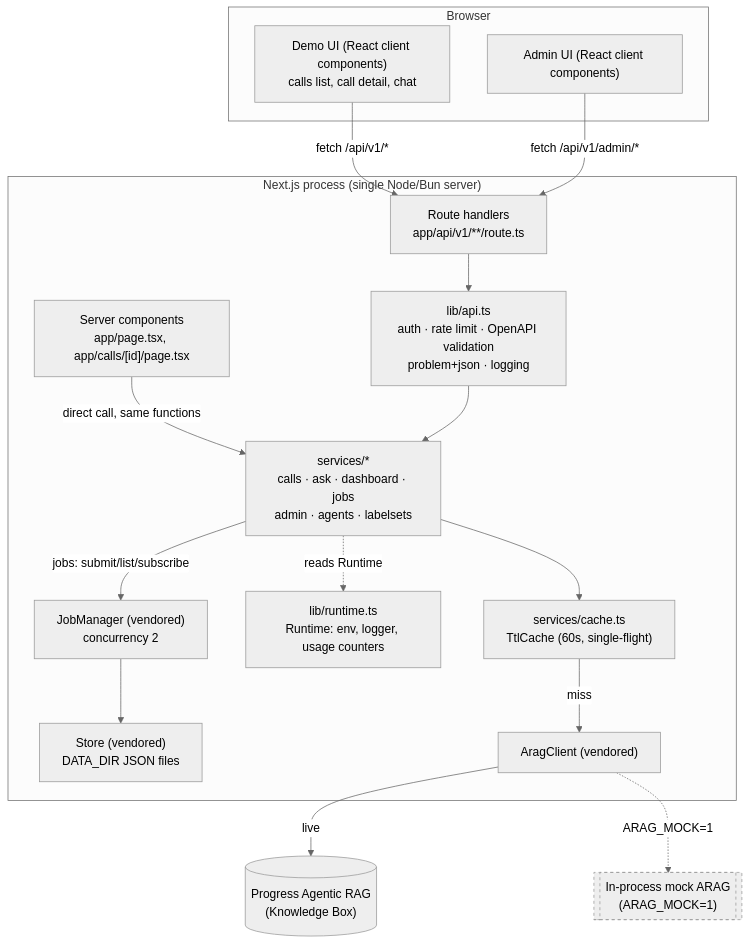
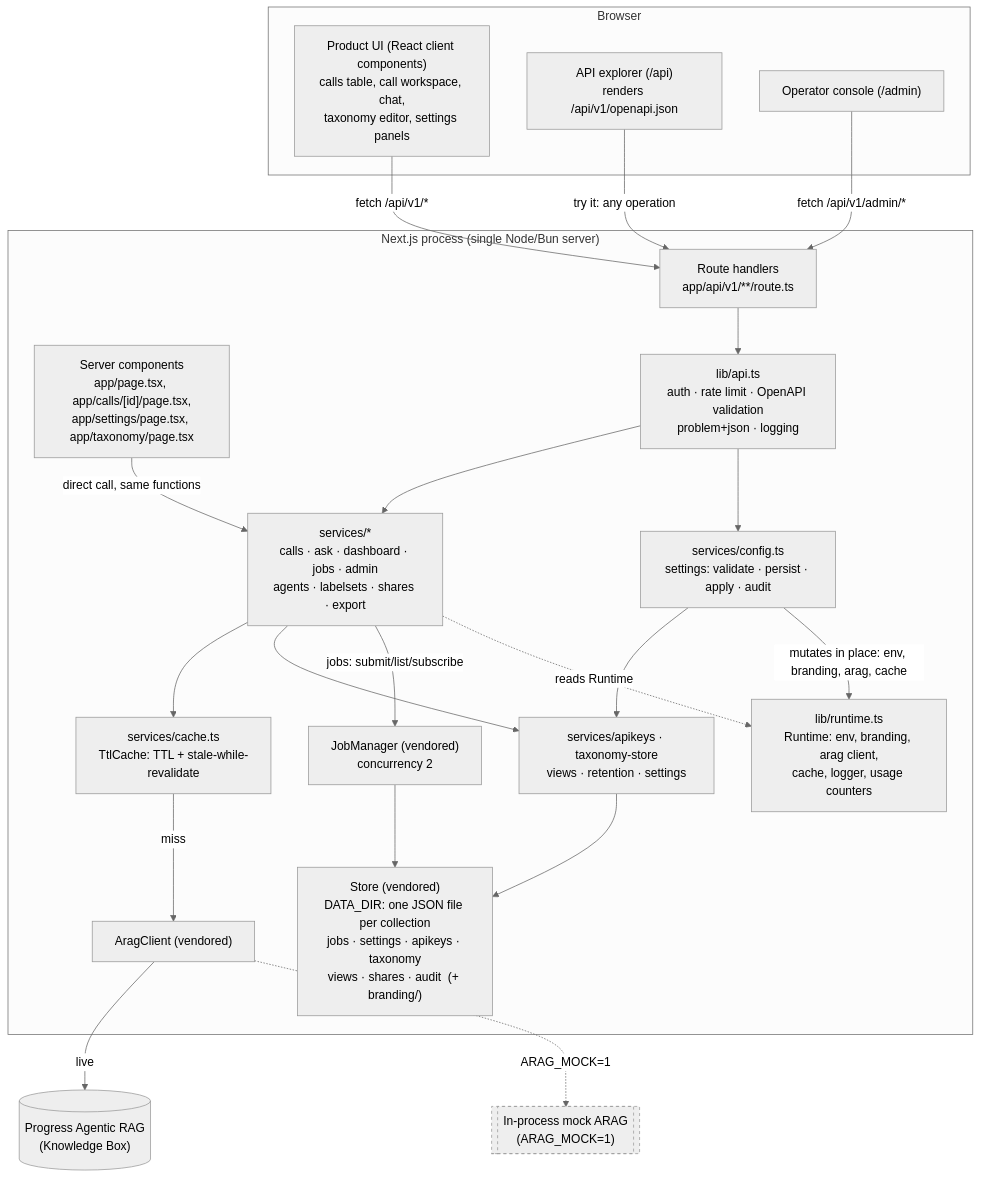
The diagram in docs/architecture/architecture.md (jaysanderson/arag-call-analysis), drawn with Mermaid (neutral theme) before and after one commit. The commit also changed other lines of this file and 49 other files, not shown here.

````diff
--- a/docs/architecture/architecture.md
+++ b/docs/architecture/architecture.md
@@ -5,38 +5,47 @@
 ```mermaid
 flowchart TB
     subgraph Browser
-        UI["Demo UI (React client components)\ncalls list, call detail, chat"]
-        AdminUI["Admin UI (React client components)"]
+        UI["Product UI (React client components)\ncalls table, call workspace, chat,\ntaxonomy editor, settings panels"]
+        EXP["API explorer (/api)\nrenders /api/v1/openapi.json"]
+        AdminUI["Operator console (/admin)"]
     end
 
     subgraph "Next.js process (single Node/Bun server)"
-        SC["Server components\napp/page.tsx, app/calls/[id]/page.tsx"]
+        SC["Server components\napp/page.tsx, app/calls/[id]/page.tsx,\napp/settings/page.tsx, app/taxonomy/page.tsx"]
         RH["Route handlers\napp/api/v1/**/route.ts"]
         API["lib/api.ts\nauth · rate limit · OpenAPI validation\nproblem+json · logging"]
-        SVC["services/*\ncalls · ask · dashboard · jobs\nadmin · agents · labelsets"]
-        CACHE["services/cache.ts\nTtlCache (60s, single-flight)"]
-        RT["lib/runtime.ts\nRuntime: env, logger, usage counters"]
+        SVC["services/*\ncalls · ask · dashboard · jobs · admin\nagents · labelsets · shares · export"]
+        CFG["services/config.ts\nsettings: validate · persist · apply · audit"]
+        STORES["services/apikeys · taxonomy-store\nviews · retention · settings"]
+        CACHE["services/cache.ts\nTtlCache: TTL + stale-while-revalidate"]
+        RT["lib/runtime.ts\nRuntime: env, branding, arag client,\ncache, logger, usage counters"]
         JM["JobManager (vendored)\nconcurrency 2"]
-        STORE["Store (vendored)\nDATA_DIR JSON files"]
+        STORE["Store (vendored)\nDATA_DIR: one JSON file per collection\njobs · settings · apikeys · taxonomy\nviews · shares · audit  (+ branding/)"]
         AC["AragClient (vendored)"]
     end
 
     ARAG[("Progress Agentic RAG\n(Knowledge Box)")]
     MOCK[["In-process mock ARAG\n(ARAG_MOCK=1)"]]
 
     UI -->|"fetch /api/v1/*"| RH
+    EXP -->|"try it: any operation"| RH
     AdminUI -->|"fetch /api/v1/admin/*"| RH
     SC -->|"direct call, same functions"| SVC
     RH --> API
     API --> SVC
+    API --> CFG
     SVC --> CACHE
+    SVC --> STORES
+    CFG --> STORES
+    STORES --> STORE
     CACHE -->|"miss"| AC
     SVC -->|"jobs: submit/list/subscribe"| JM
     JM --> STORE
     SVC -.->|"reads Runtime"| RT
+    CFG -->|"mutates in place: env, branding, arag, cache"| RT
     AC -->|"live"| ARAG
     AC -.->|"ARAG_MOCK=1"| MOCK
 
     classDef mock stroke-dasharray: 4 4;
     class MOCK mock;
 ```
````
